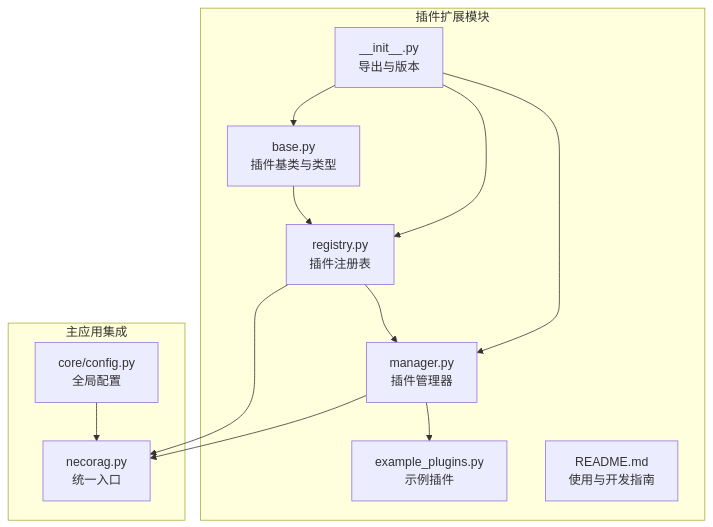
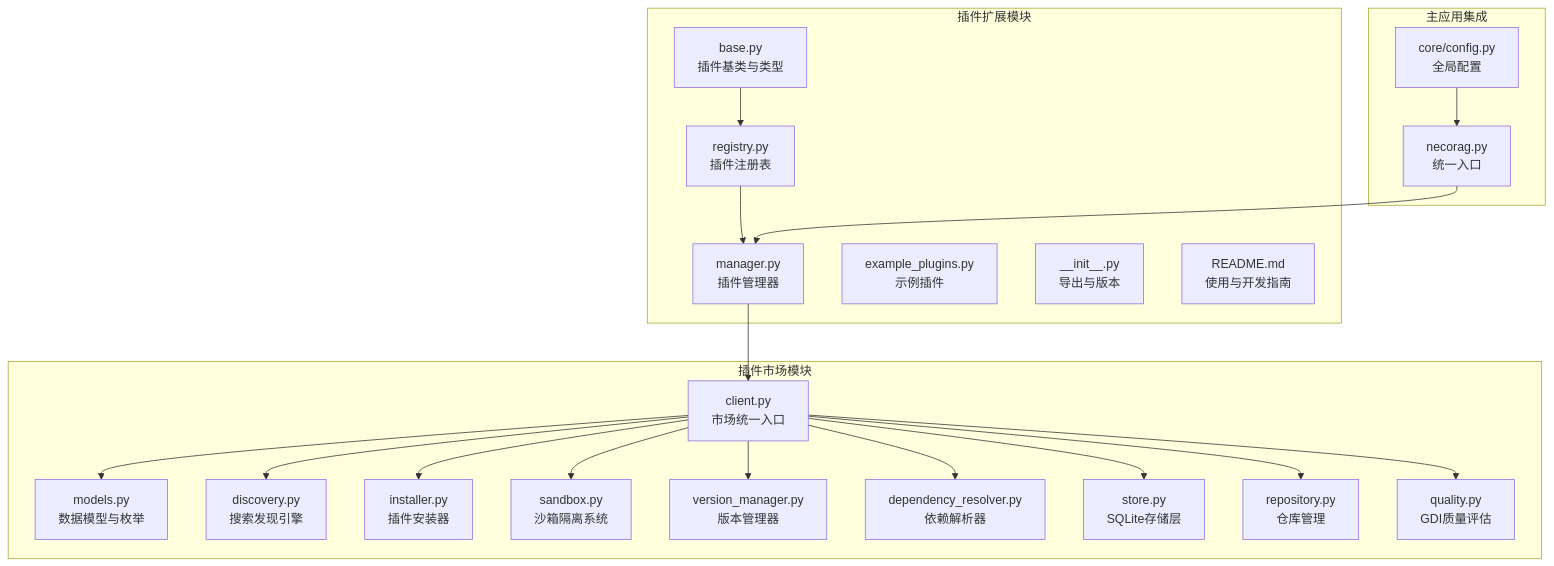
One commit to JieGaoPrinceton/NecoRAG changed the first of 6 diagrams in .qoder/repowiki/zh/content/插件扩展系统.md. Above: the diagram before and after it, drawn with Mermaid. The commit also changed other lines of this file and 70 other files, not shown here.

````diff
--- a/.qoder/repowiki/zh/content/插件扩展系统.md
+++ b/.qoder/repowiki/zh/content/插件扩展系统.md
@@ -33,24 +43,41 @@
 ```mermaid
 graph TB
 subgraph "插件扩展模块"
 A["base.py<br/>插件基类与类型"]
 B["registry.py<br/>插件注册表"]
 C["manager.py<br/>插件管理器"]
 D["example_plugins.py<br/>示例插件"]
 E["__init__.py<br/>导出与版本"]
 F["README.md<br/>使用与开发指南"]
 end
+subgraph "插件市场模块"
+G["client.py<br/>市场统一入口"]
+H["models.py<br/>数据模型与枚举"]
+I["discovery.py<br/>搜索发现引擎"]
+J["installer.py<br/>插件安装器"]
+K["sandbox.py<br/>沙箱隔离系统"]
+L["version_manager.py<br/>版本管理器"]
+M["dependency_resolver.py<br/>依赖解析器"]
+N["store.py<br/>SQLite存储层"]
+O["repository.py<br/>仓库管理"]
+P["quality.py<br/>GDI质量评估"]
+end
 subgraph "主应用集成"
-G["necorag.py<br/>统一入口"]
-H["core/config.py<br/>全局配置"]
+Q["necorag.py<br/>统一入口"]
+R["core/config.py<br/>全局配置"]
 end
 A --> B
 B --> C
-C --> D
-E --> C
-E --> B
-E --> A
 C --> G
-B --> G
-H --> G
+G --> H
+G --> I
+G --> J
+G --> K
+G --> L
+G --> M
+G --> N
+G --> O
+G --> P
+Q --> C
+R --> Q
 ```
````
